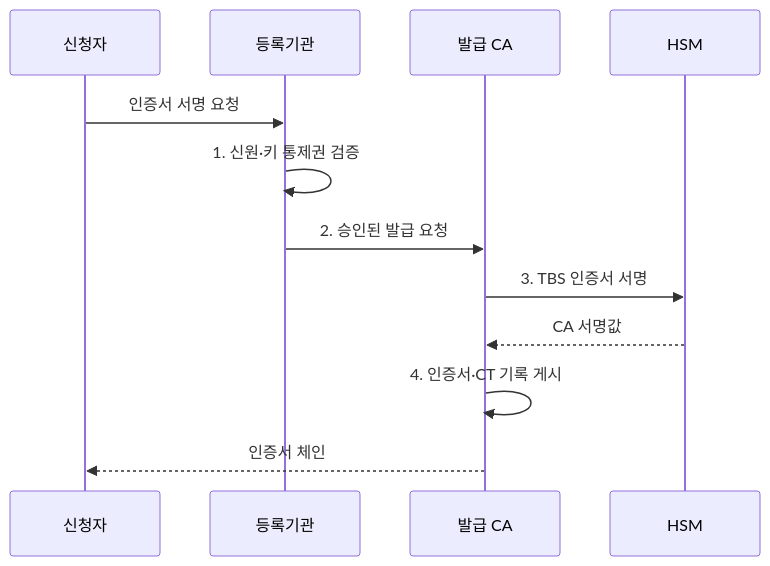
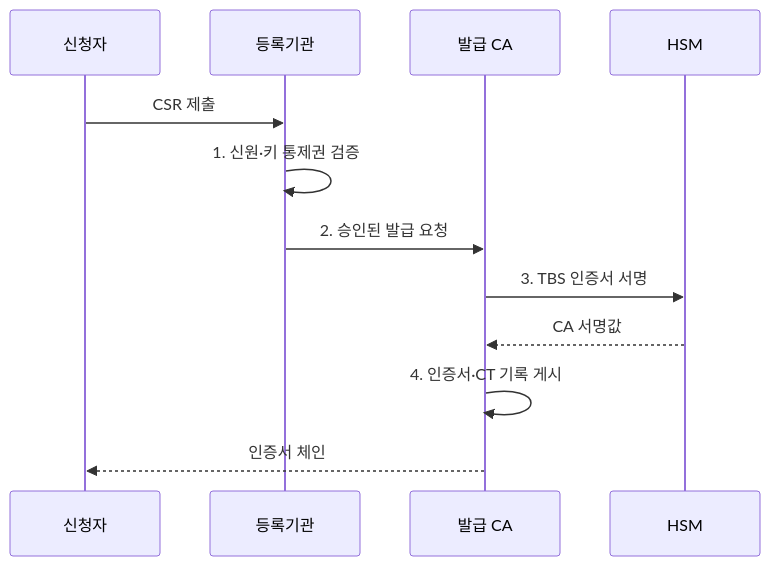
One commit to agnusdei1207/knowledge-base changed the second of 2 diagrams in src/content/docs/notes/05-security/009_certificate_authority.md. Above: the diagram before and after it, drawn with Mermaid. The commit also changed other lines of this file and 4 other files, not shown here.

````diff
--- a/src/content/docs/notes/05-security/009_certificate_authority.md
+++ b/src/content/docs/notes/05-security/009_certificate_authority.md
@@ -103,14 +104,14 @@
 ```mermaid
 sequenceDiagram
     participant S as 신청자
     participant R as 등록기관
     participant C as 발급 CA
     participant H as HSM
-    S->>R: 인증서 서명 요청
+    S->>R: CSR 제출
     R->>R: 1. 신원·키 통제권 검증
     R->>C: 2. 승인된 발급 요청
     C->>H: 3. TBS 인증서 서명
     H-->>C: CA 서명값
     C->>C: 4. 인증서·CT 기록 게시
     C-->>S: 인증서 체인
 ```
````
